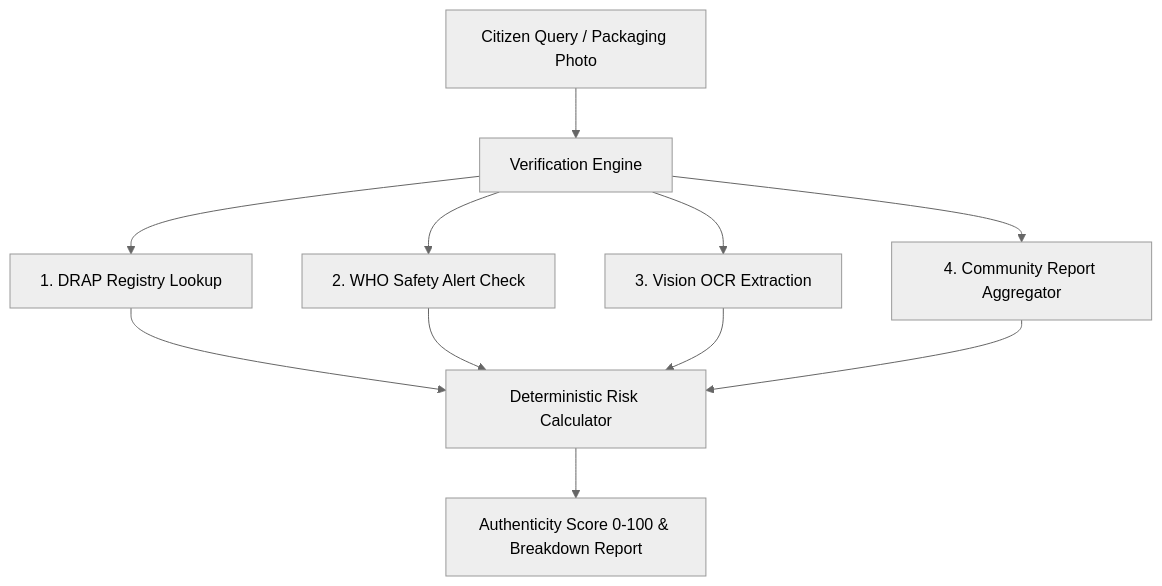
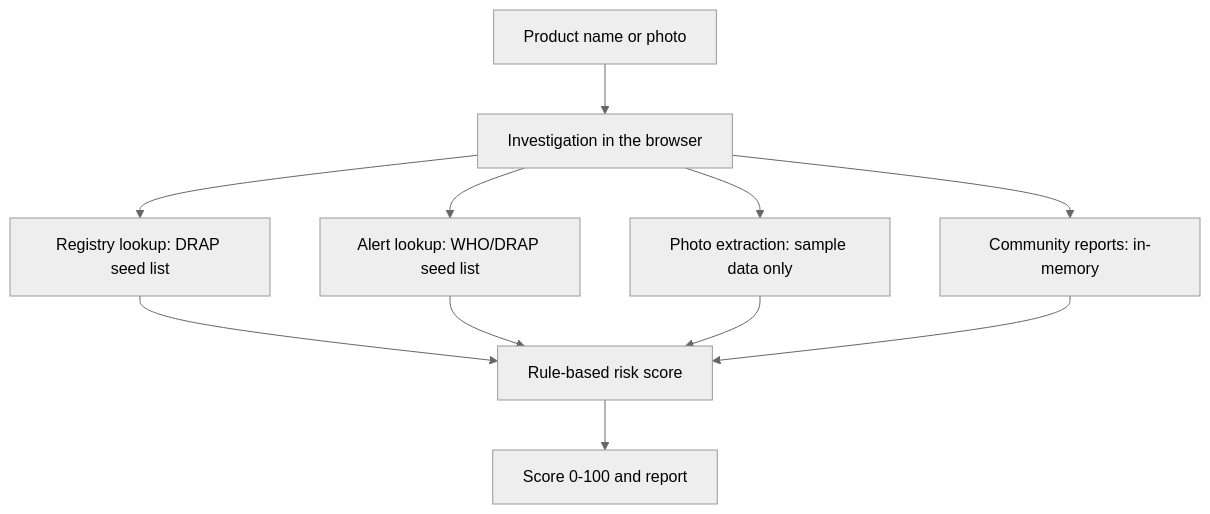
The diagram in README.md (HamzaKhanBUIC/asal-ya-nakli), drawn with Mermaid (neutral theme) before and after one commit. The commit also changed other lines of this file and 1 other file, not shown here.

````diff
--- a/README.md
+++ b/README.md
@@ -26,13 +14,13 @@
 ```mermaid
 graph TD
-    A[Citizen Query / Packaging Photo] --> B[Verification Engine]
-    B --> C[1. DRAP Registry Lookup]
-    B --> D[2. WHO Safety Alert Check]
-    B --> E[3. Vision OCR Extraction]
-    B --> F[4. Community Report Aggregator]
-    C --> G[Deterministic Risk Calculator]
+    A[Product name or photo] --> B[Investigation in the browser]
+    B --> C[Registry lookup: DRAP seed list]
+    B --> D[Alert lookup: WHO/DRAP seed list]
+    B --> E[Photo extraction: sample data only]
+    B --> F[Community reports: in-memory]
+    C --> G[Rule-based risk score]
     D --> G
     E --> G
     F --> G
-    G --> H[Authenticity Score 0-100 & Breakdown Report]
+    G --> H[Score 0-100 and report]
 ```
````
